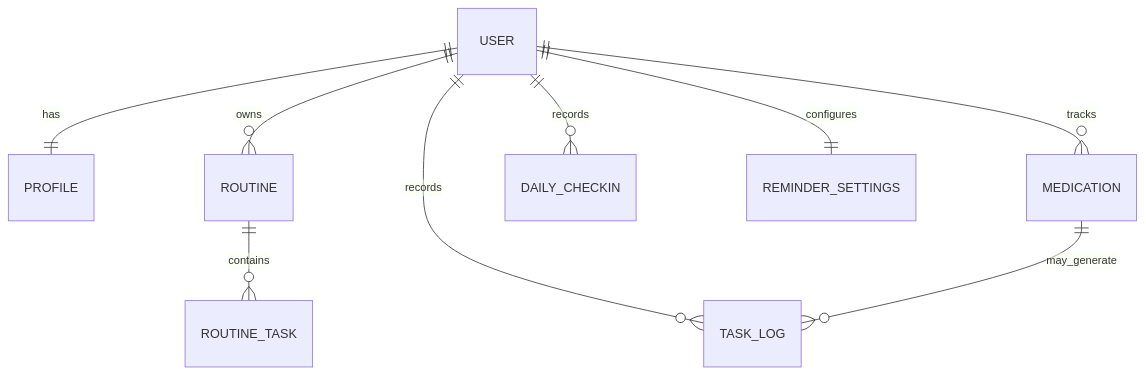
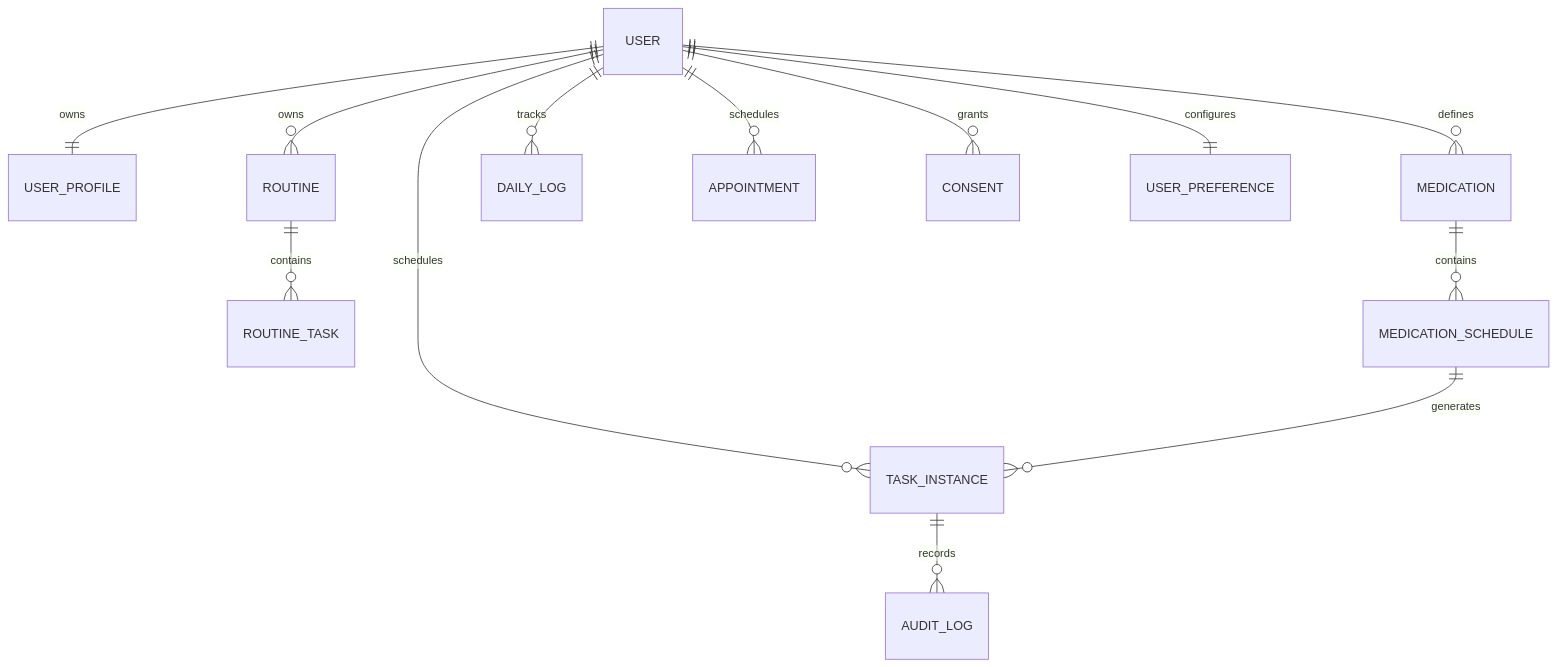
Before and after one commit to Smriti145/Personal-Helper: the diagram in docs/PRODUCT_ARCHITECTURE.md, drawn with Mermaid. The commit also changed other lines of this file and 176 other files, not shown here.

````diff
--- a/docs/PRODUCT_ARCHITECTURE.md
+++ b/docs/PRODUCT_ARCHITECTURE.md
@@ -29,11 +23,15 @@
 ```mermaid
 erDiagram
-  USER ||--|| PROFILE : has
-  USER ||--o{ ROUTINE : owns
-  ROUTINE ||--o{ ROUTINE_TASK : contains
-  USER ||--o{ MEDICATION : tracks
-  USER ||--o{ TASK_LOG : records
-  MEDICATION ||--o{ TASK_LOG : may_generate
-  USER ||--o{ DAILY_CHECKIN : records
-  USER ||--|| REMINDER_SETTINGS : configures
+ USER ||--|| USER_PROFILE : owns
+ USER ||--o{ ROUTINE : owns
+ ROUTINE ||--o{ ROUTINE_TASK : contains
+ USER ||--o{ TASK_INSTANCE : schedules
+ TASK_INSTANCE ||--o{ AUDIT_LOG : records
+ USER ||--o{ MEDICATION : defines
+ MEDICATION ||--o{ MEDICATION_SCHEDULE : contains
+ MEDICATION_SCHEDULE ||--o{ TASK_INSTANCE : generates
+ USER ||--o{ DAILY_LOG : tracks
+ USER ||--o{ APPOINTMENT : schedules
+ USER ||--o{ CONSENT : grants
+ USER ||--|| USER_PREFERENCE : configures
 ```
````
